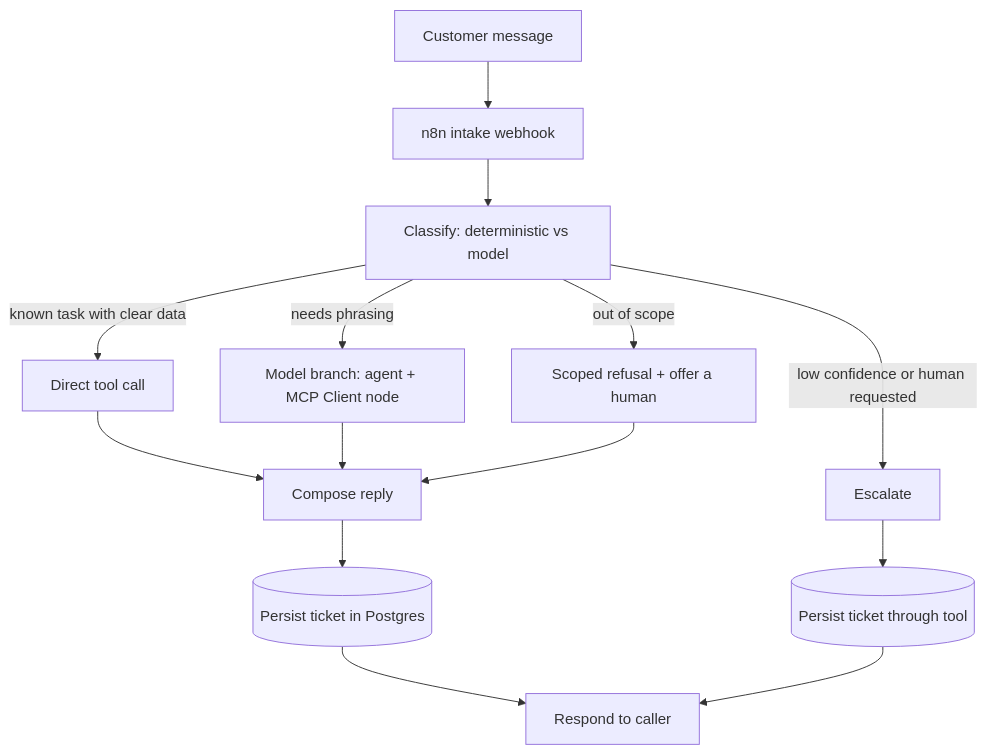
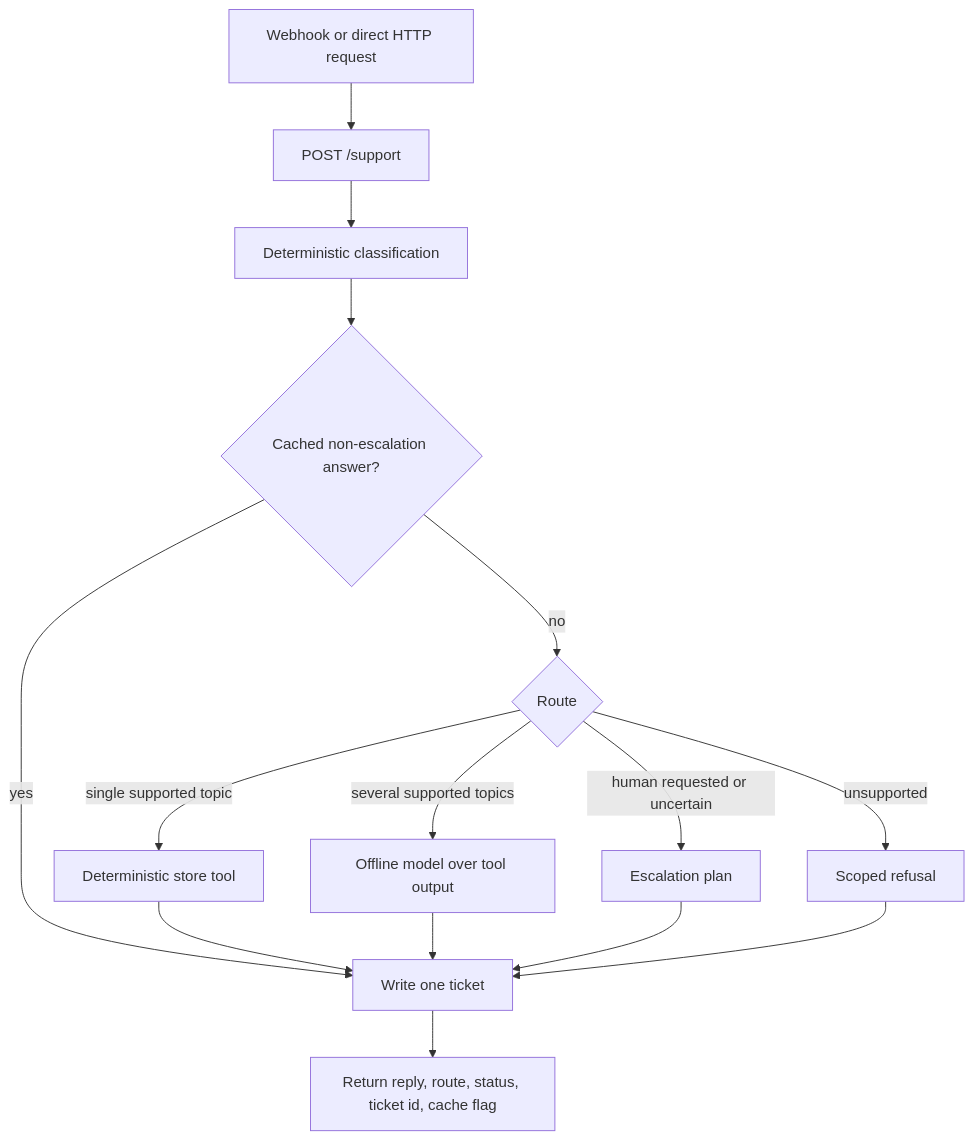
One commit to EdgeF-4/ecom-support-kit changed the diagram in ARCHITECTURE.md. Above: the diagram before and after it, drawn with Mermaid. The commit also changed other lines of this file and 27 other files, not shown here.

````diff
--- a/ARCHITECTURE.md
+++ b/ARCHITECTURE.md
@@ -26,16 +26,17 @@
 ```mermaid
 flowchart TD
-    A[Customer message] --> B[n8n intake webhook]
-    B --> C[Classify: deterministic vs model]
-    C -->|out of scope| R1[Scoped refusal + offer a human]
-    C -->|known task with clear data| D[Direct tool call]
-    C -->|needs phrasing| E[Model branch: agent + MCP Client node]
-    C -->|low confidence or human requested| F[Escalate]
-    D --> G[Compose reply]
-    E --> G
-    F --> H2[(Persist ticket through tool)]
-    R1 --> G
-    G --> H[(Persist ticket in Postgres)]
-    H --> I[Respond to caller]
-    H2 --> I
+    A[Webhook or direct HTTP request] --> B[POST /support]
+    B --> C[Deterministic classification]
+    C --> D{Cached non-escalation answer?}
+    D -->|yes| H[Write one ticket]
+    D -->|no| E{Route}
+    E -->|single supported topic| F[Deterministic store tool]
+    E -->|several supported topics| G[Offline model over tool output]
+    E -->|human requested or uncertain| I[Escalation plan]
+    E -->|unsupported| J[Scoped refusal]
+    F --> H
+    G --> H
+    I --> H
+    J --> H
+    H --> K[Return reply, route, status, ticket id, cache flag]
 ```
````
